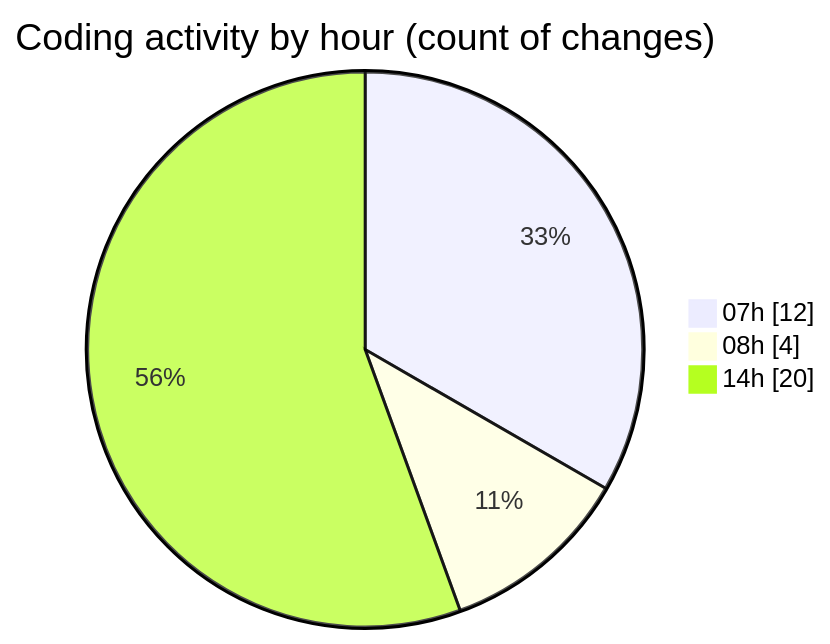
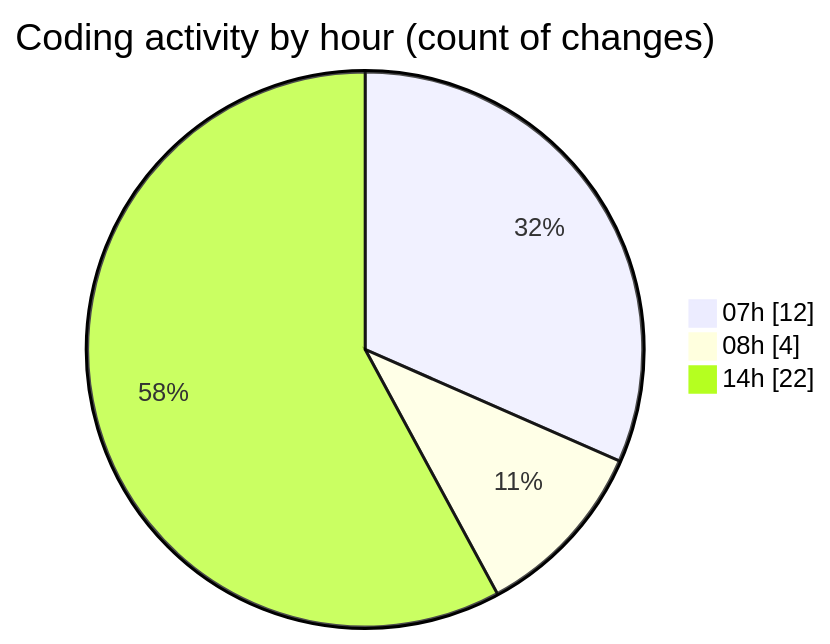
Before and after one commit to robertbonfada/code-tracking: the second of 2 diagrams in 2025-01-09/mbc-web/README.md, drawn with Mermaid. The commit also changed other lines of this file and 1 other file, not shown here.

````diff
--- a/2025-01-09/mbc-web/README.md
+++ b/2025-01-09/mbc-web/README.md
@@ -36,7 +37,7 @@
 ```mermaid
 pie showData
 title Coding activity by hour (count of changes)
 "07h" : 12
 "08h" : 4
-"14h" : 20
+"14h" : 22
 ```
````
